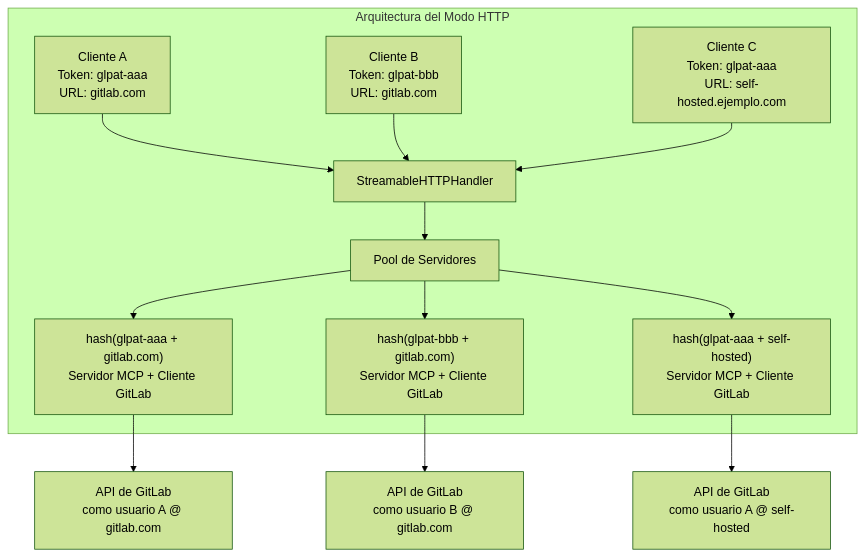
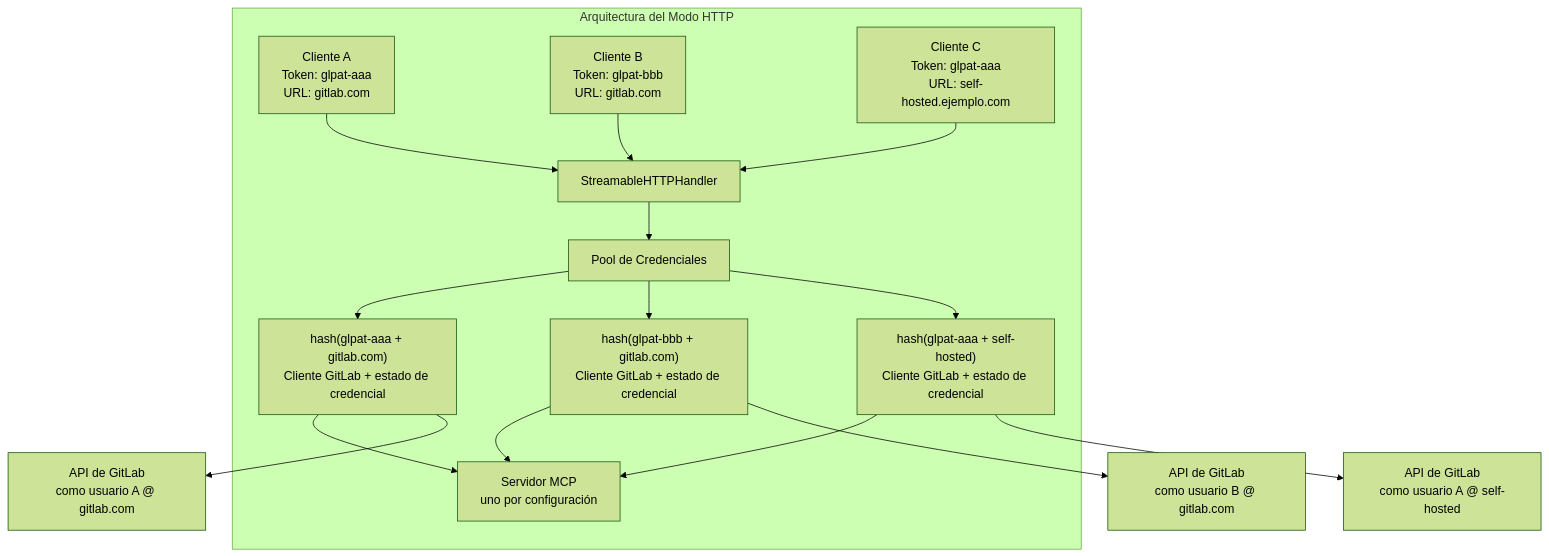
One commit to jmrplens/gitlab-mcp-server changed the diagram in site/src/content/docs/es/operations/http-server.mdx. Above: the diagram before and after it, drawn with Mermaid (forest theme). The commit also changed other lines of this file and 73 other files, not shown here.

````diff
--- a/site/src/content/docs/es/operations/http-server.mdx
+++ b/site/src/content/docs/es/operations/http-server.mdx
@@ -313,18 +313,22 @@
 ```mermaid
 graph TD
     subgraph "Arquitectura del Modo HTTP"
         REQ1["Cliente A<br/>Token: glpat-aaa<br/>URL: gitlab.com"] --> HANDLER[StreamableHTTPHandler]
         REQ2["Cliente B<br/>Token: glpat-bbb<br/>URL: gitlab.com"] --> HANDLER
         REQ3["Cliente C<br/>Token: glpat-aaa<br/>URL: self-hosted.ejemplo.com"] --> HANDLER
 
-        HANDLER --> POOL[Pool de Servidores]
+        HANDLER --> POOL[Pool de Credenciales]
 
-        POOL --> ENTRY1["hash(glpat-aaa + gitlab.com)<br/>Servidor MCP + Cliente GitLab"]
-        POOL --> ENTRY2["hash(glpat-bbb + gitlab.com)<br/>Servidor MCP + Cliente GitLab"]
-        POOL --> ENTRY3["hash(glpat-aaa + self-hosted)<br/>Servidor MCP + Cliente GitLab"]
+        POOL --> ENTRY1["hash(glpat-aaa + gitlab.com)<br/>Cliente GitLab + estado de credencial"]
+        POOL --> ENTRY2["hash(glpat-bbb + gitlab.com)<br/>Cliente GitLab + estado de credencial"]
+        POOL --> ENTRY3["hash(glpat-aaa + self-hosted)<br/>Cliente GitLab + estado de credencial"]
+
+        ENTRY1 --> SHARED["Servidor MCP<br/>uno por configuración"]
+        ENTRY2 --> SHARED
+        ENTRY3 --> SHARED
     end
 
     ENTRY1 --> GL1["API de GitLab<br/>como usuario A @ gitlab.com"]
     ENTRY2 --> GL2["API de GitLab<br/>como usuario B @ gitlab.com"]
     ENTRY3 --> GL3["API de GitLab<br/>como usuario A @ self-hosted"]
 ```
````
